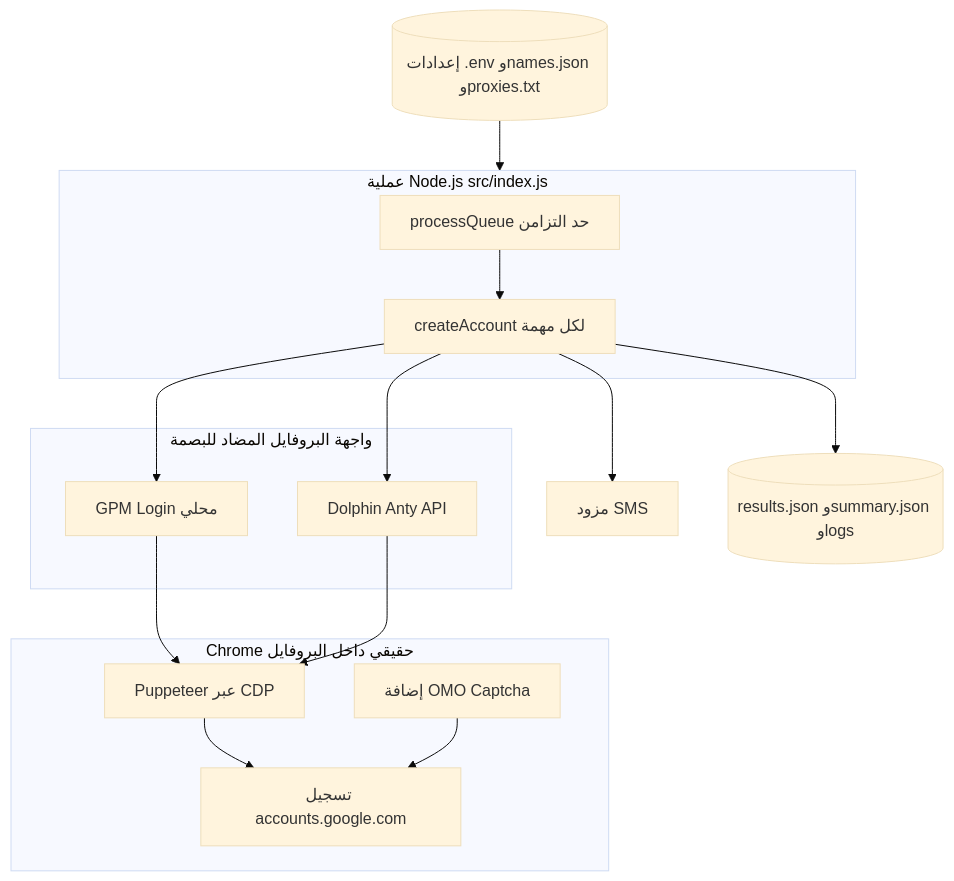
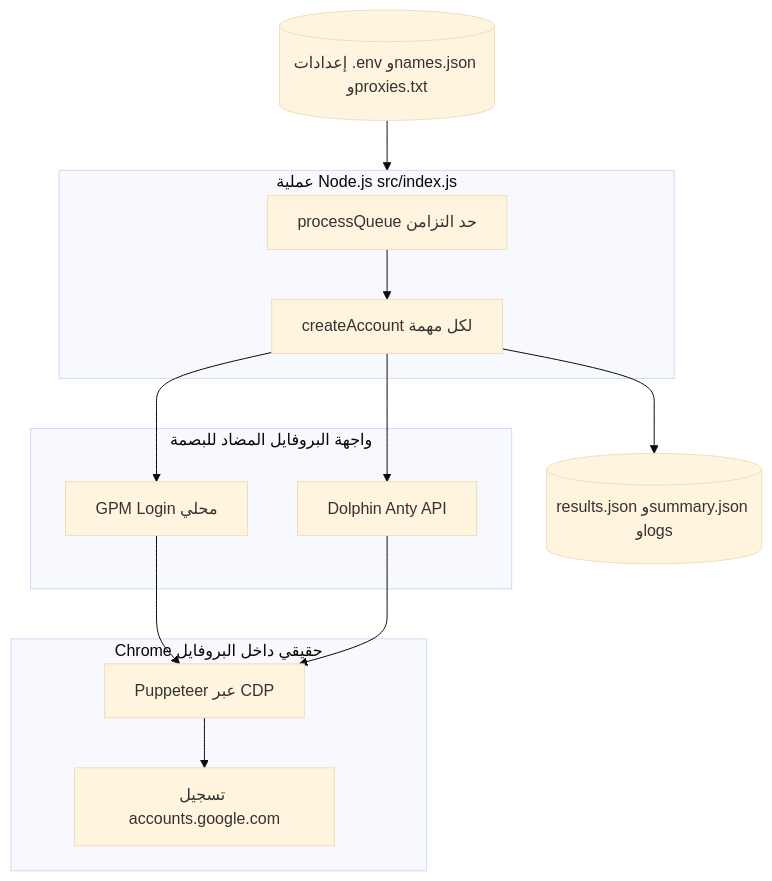
Before and after one commit to lihah111222333-cloud/camoufox-profile-suite: the first of 3 diagrams in README_AR.md, drawn with Mermaid (base theme). The commit also changed other lines of this file and 87 other files, not shown here.

````diff
--- a/README_AR.md
+++ b/README_AR.md
@@ -219,30 +217,26 @@
 ```mermaid
 flowchart TB
   subgraph Runtime["عملية Node.js src/index.js"]
     Q[processQueue حد التزامن]
     CA[createAccount لكل مهمة]
   end
   subgraph Profiles["واجهة البروفايل المضاد للبصمة"]
     GPM[GPM Login محلي]
     DOL[Dolphin Anty API]
   end
   subgraph Browser["Chrome حقيقي داخل البروفايل"]
     PU[Puppeteer عبر CDP]
-    EXT[إضافة OMO Captcha]
     WEB[تسجيل accounts.google.com]
   end
-  SMS[مزود SMS]
   CFG[(إعدادات .env وnames.json وproxies.txt)]
   OUT[(results.json وsummary.json وlogs)]
 
   CFG --> Runtime
   Q --> CA
   CA --> GPM
   CA --> DOL
   GPM --> PU
   DOL --> PU
   PU --> WEB
-  EXT --> WEB
-  CA --> SMS
   CA --> OUT
 ```
````
